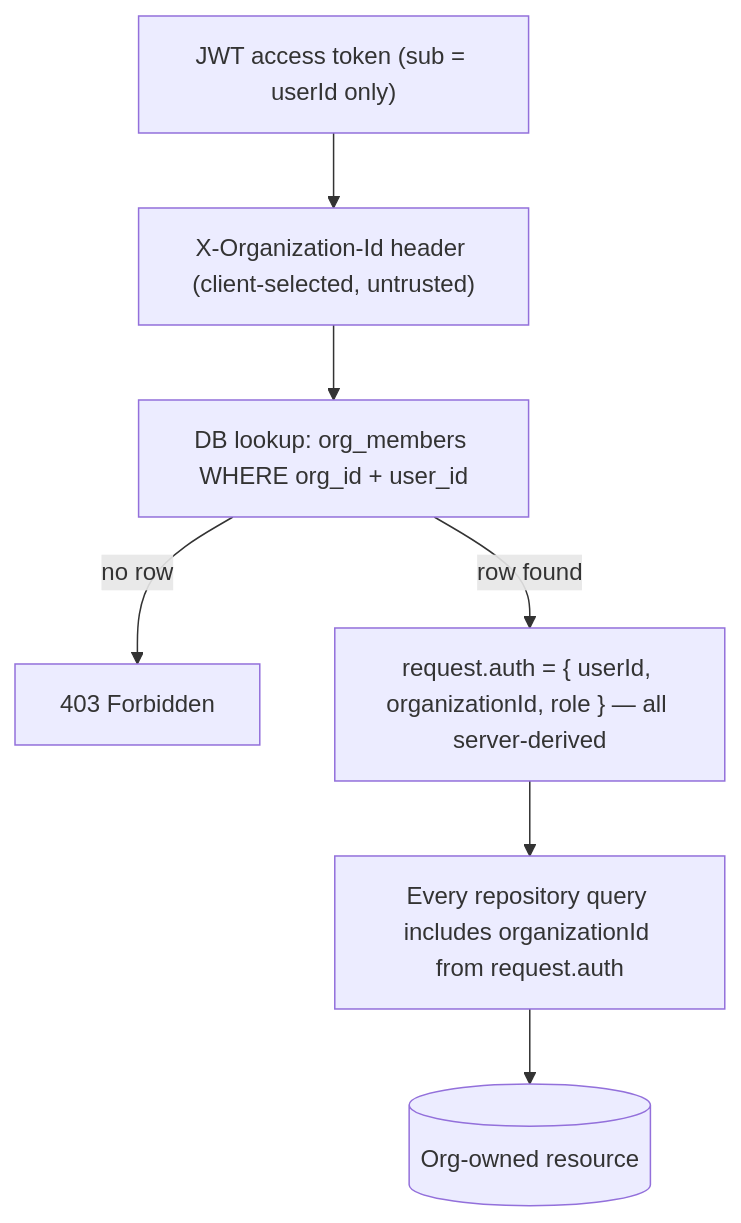
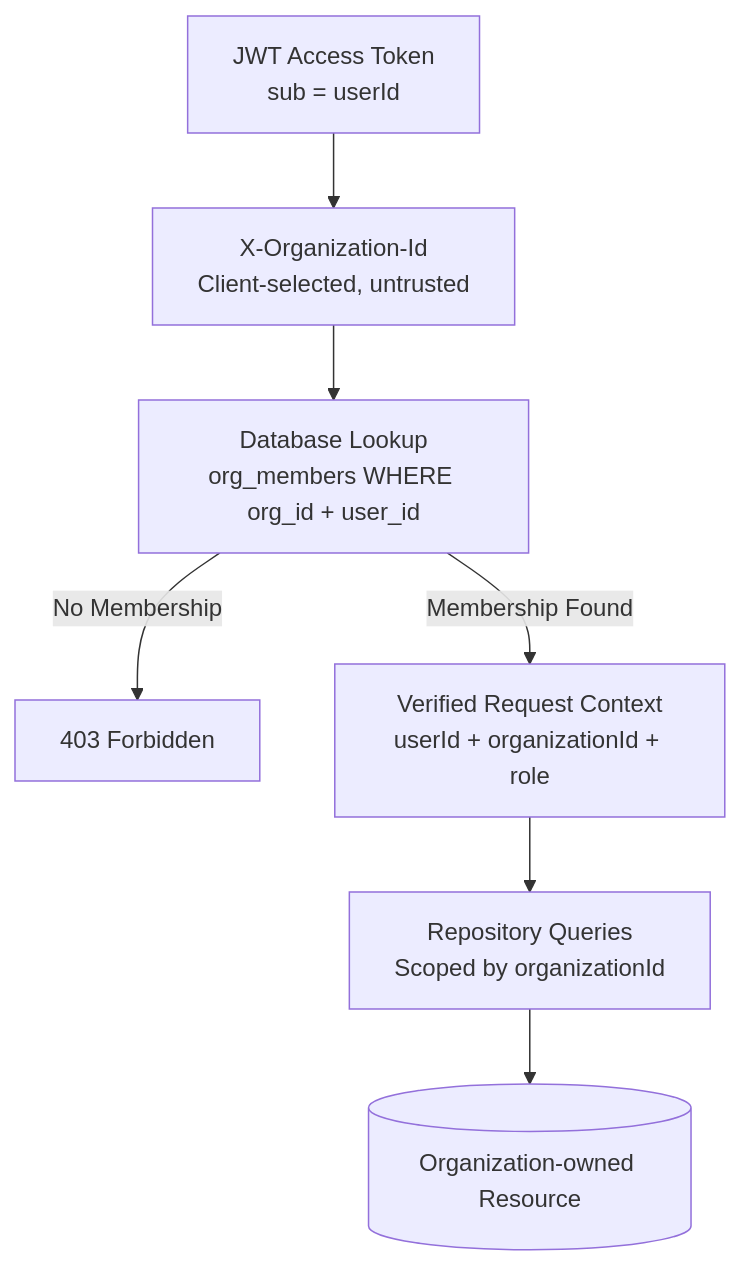
The fourth of 6 diagrams in backend/docs/architecture.md (mdShakil2004/taskflow), drawn with Mermaid before and after one commit. The commit also changed other lines of this file, not shown here.

````diff
--- a/backend/docs/architecture.md
+++ b/backend/docs/architecture.md
@@ -66,9 +73,11 @@
 ```mermaid
 flowchart TD
-    JWT["JWT access token (sub = userId only)"] --> Header["X-Organization-Id header (client-selected, untrusted)"]
-    Header --> Lookup["DB lookup: org_members WHERE org_id + user_id"]
-    Lookup -->|no row| Forbidden[403 Forbidden]
-    Lookup -->|row found| Context["request.auth = { userId, organizationId, role } — all server-derived"]
-    Context --> ScopedQuery["Every repository query includes organizationId from request.auth"]
-    ScopedQuery --> Resource[(Org-owned resource)]
+    JWT["JWT Access Token<br/>sub = userId"] --> Header["X-Organization-Id<br/>Client-selected, untrusted"]
+    Header --> Lookup["Database Lookup<br/>org_members WHERE org_id + user_id"]
+
+    Lookup -->|No Membership| Forbidden["403 Forbidden"]
+    Lookup -->|Membership Found| Context["Verified Request Context<br/>userId + organizationId + role"]
+
+    Context --> ScopedQuery["Repository Queries<br/>Scoped by organizationId"]
+    ScopedQuery --> Resource[("Organization-owned Resource")]
 ```
````
